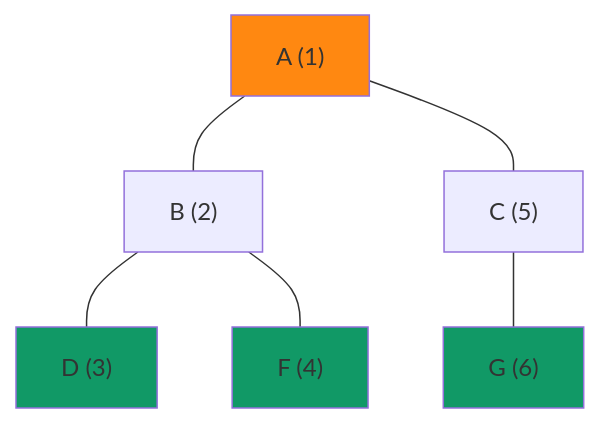
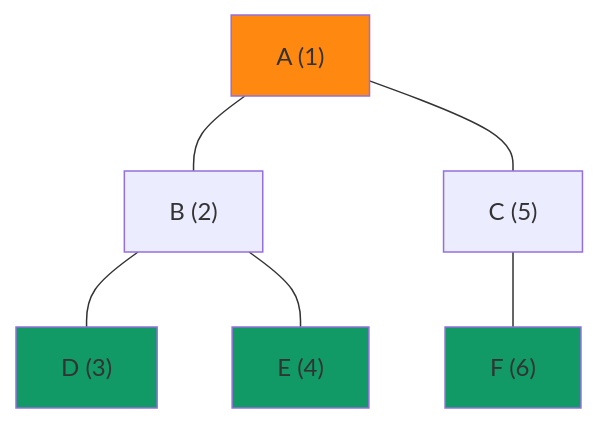
Before and after one commit to adrientaudiere/cours_nsi: the third of 6 diagrams in docs/terminal/algo.md, drawn with Mermaid. The commit also changed other lines of this file and 4 other files, not shown here.

````diff
--- a/docs/terminal/algo.md
+++ b/docs/terminal/algo.md
@@ -306,12 +313,12 @@
 ```mermaid
 flowchart TD
     A["A (1)"]:::racine --- B["B (2)"]
     A --- C["C (5)"]
     B --- D["D (3)"]:::feuille
-    B --- F["F (4)"]:::feuille
-    C --- G["G (6)"]:::feuille
+    B --- E["E (4)"]:::feuille
+    C --- F["F (6)"]:::feuille
 
     classDef racine fill:#f81;
     classDef feuille fill:#196;
 
 ```
````
